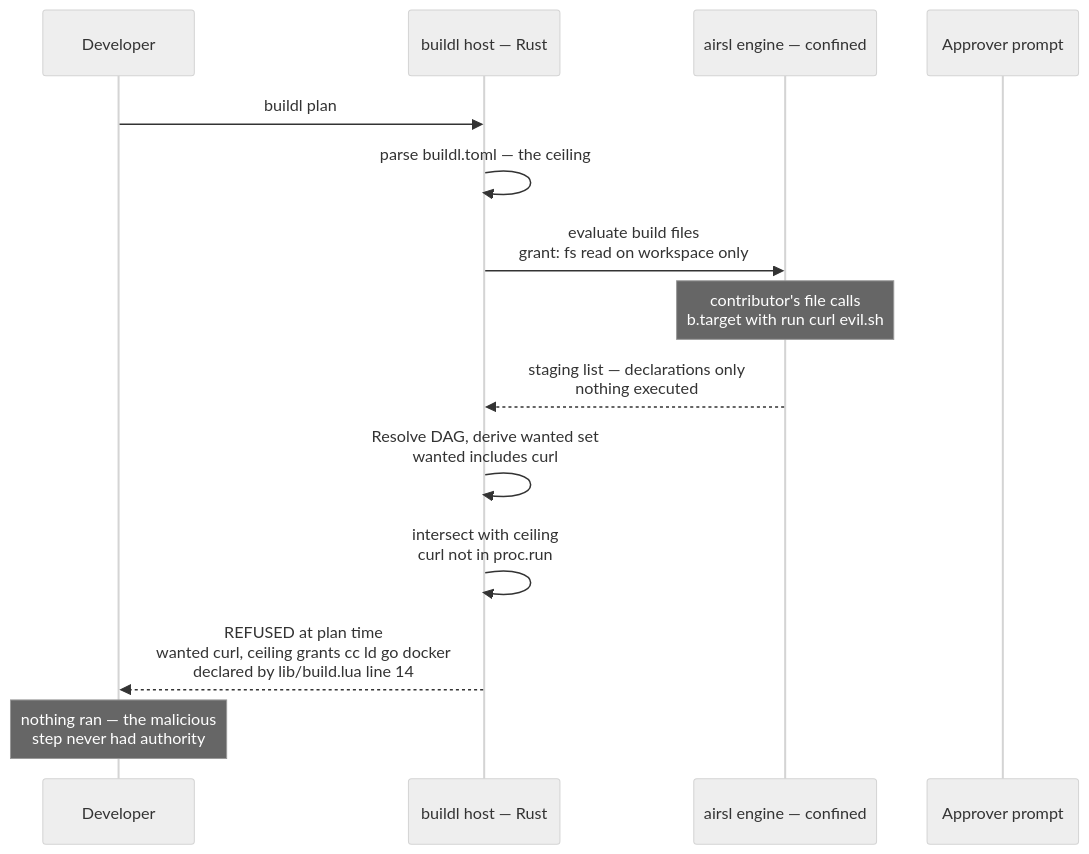
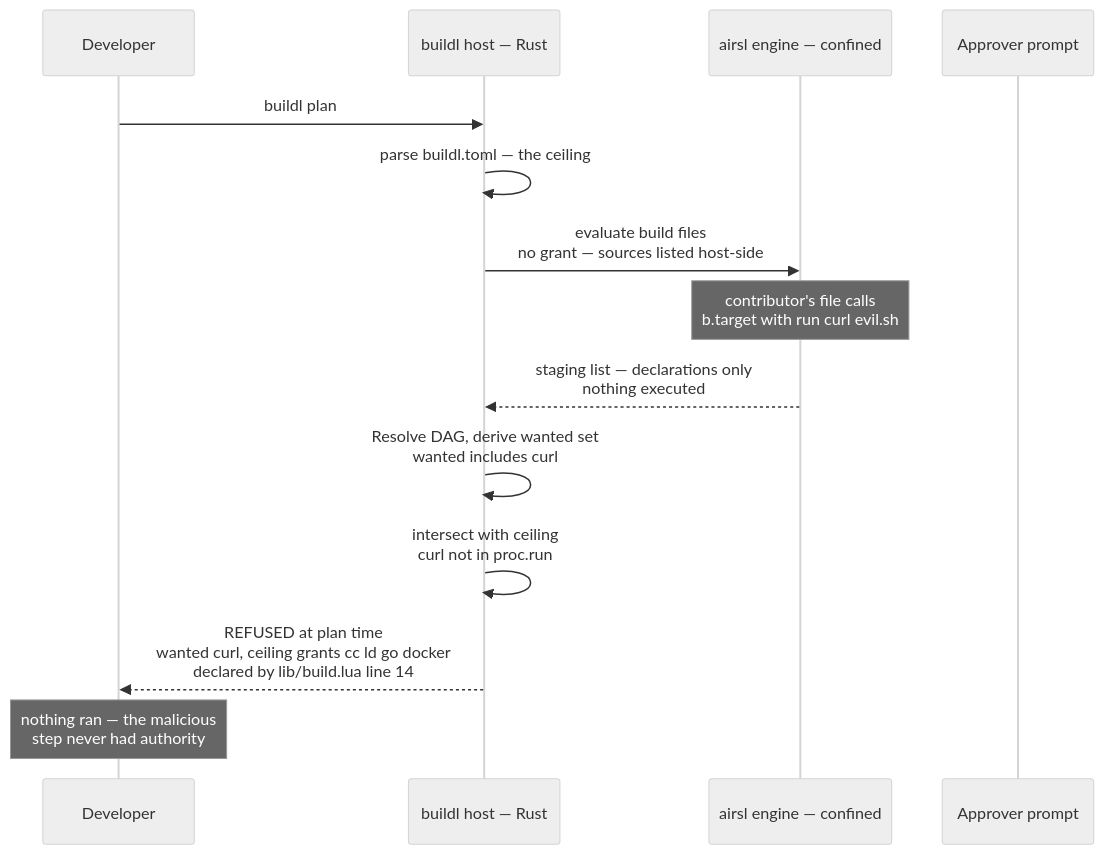
One commit to airsstack/buildl changed the fourth of 10 diagrams in docs/fundamental-walkthrough.md. Above: the diagram before and after it, drawn with Mermaid (neutral theme). The commit also changed other lines of this file and 54 other files, not shown here.

````diff
--- a/docs/fundamental-walkthrough.md
+++ b/docs/fundamental-walkthrough.md
@@ -109,18 +109,18 @@
 ```mermaid
 %% Untrusted clone — grant negotiation sequence
 sequenceDiagram
     participant Dev as Developer
     participant Host as buildl host — Rust
     participant Lua as airsl engine — confined
     participant User as Approver prompt
 
     Dev->>Host: buildl plan
     Host->>Host: parse buildl.toml — the ceiling
-    Host->>Lua: evaluate build files<br/>grant: fs read on workspace only
+    Host->>Lua: evaluate build files<br/>no grant — sources listed host-side
     Note over Lua: contributor's file calls<br/>b.target with run curl evil.sh
     Lua-->>Host: staging list — declarations only<br/>nothing executed
     Host->>Host: Resolve DAG, derive wanted set<br/>wanted includes curl
     Host->>Host: intersect with ceiling<br/>curl not in proc.run
     Host-->>Dev: REFUSED at plan time<br/>wanted curl, ceiling grants cc ld go docker<br/>declared by lib/build.lua line 14
     Note over Dev: nothing ran — the malicious<br/>step never had authority
 ```
````
